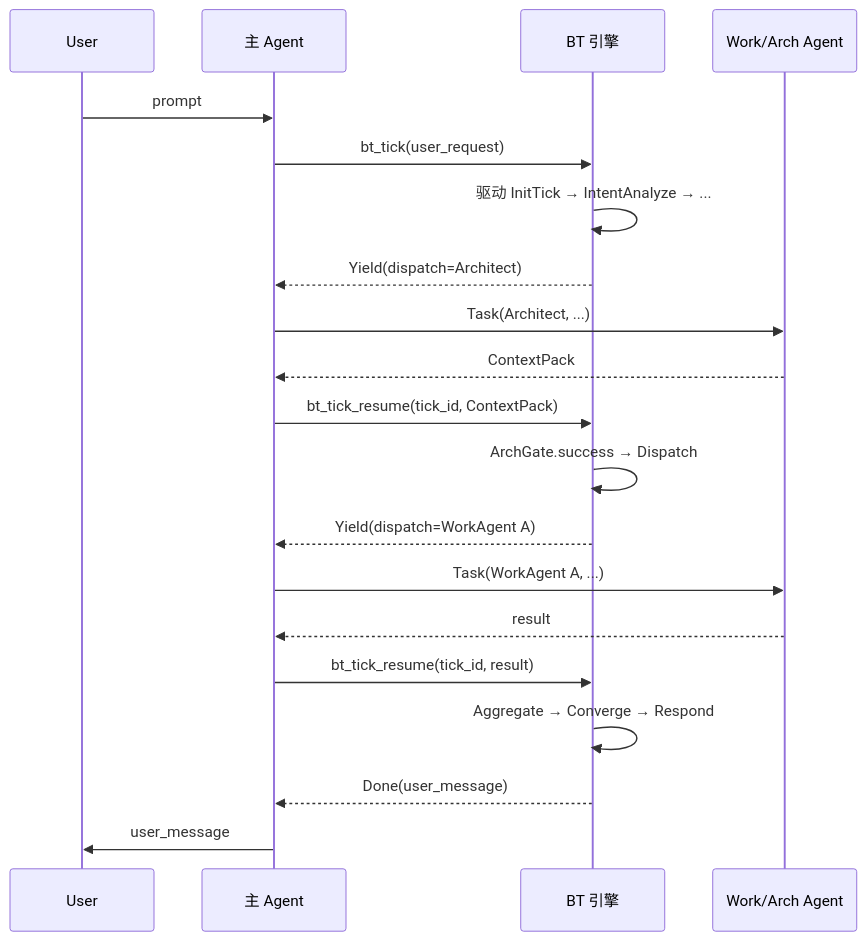
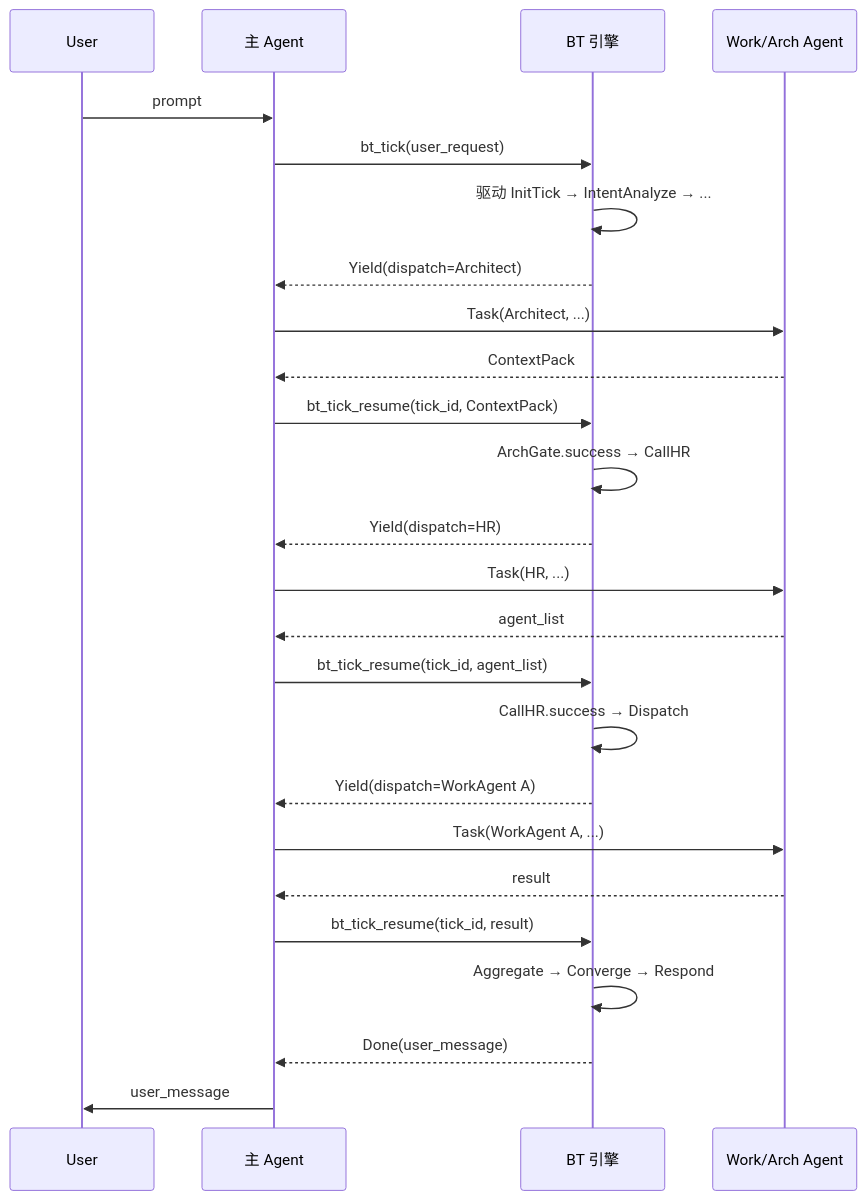
The second of 2 diagrams in design/WORKFLOW-EXECUTION.zh-CN.md (nan023062/agent-team-cc), drawn with Mermaid before and after one commit. The commit also changed other lines of this file and 9 other files, not shown here.

````diff
--- a/design/WORKFLOW-EXECUTION.zh-CN.md
+++ b/design/WORKFLOW-EXECUTION.zh-CN.md
@@ -167,23 +183,28 @@
 ```mermaid
 sequenceDiagram
     participant U as User
     participant M as 主 Agent
     participant E as BT 引擎
     participant W as Work/Arch Agent
 
     U->>M: prompt
     M->>E: bt_tick(user_request)
     E->>E: 驱动 InitTick → IntentAnalyze → ...
     E-->>M: Yield(dispatch=Architect)
     M->>W: Task(Architect, ...)
     W-->>M: ContextPack
     M->>E: bt_tick_resume(tick_id, ContextPack)
-    E->>E: ArchGate.success → Dispatch
+    E->>E: ArchGate.success → CallHR
+    E-->>M: Yield(dispatch=HR)
+    M->>W: Task(HR, ...)
+    W-->>M: agent_list
+    M->>E: bt_tick_resume(tick_id, agent_list)
+    E->>E: CallHR.success → Dispatch
     E-->>M: Yield(dispatch=WorkAgent A)
     M->>W: Task(WorkAgent A, ...)
     W-->>M: result
     M->>E: bt_tick_resume(tick_id, result)
     E->>E: Aggregate → Converge → Respond
     E-->>M: Done(user_message)
     M->>U: user_message
 ```
````
